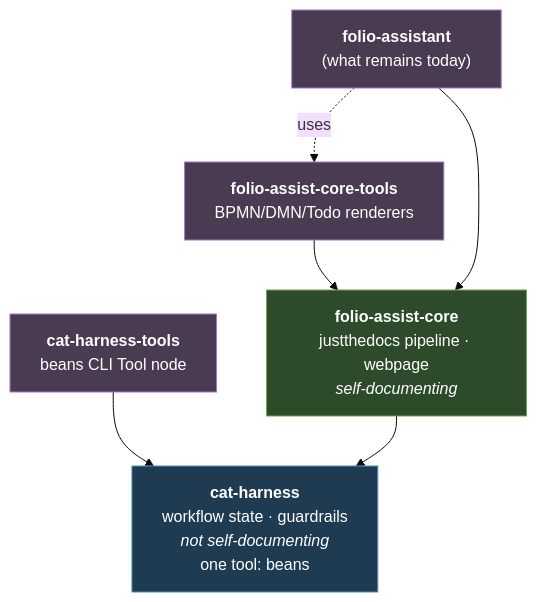
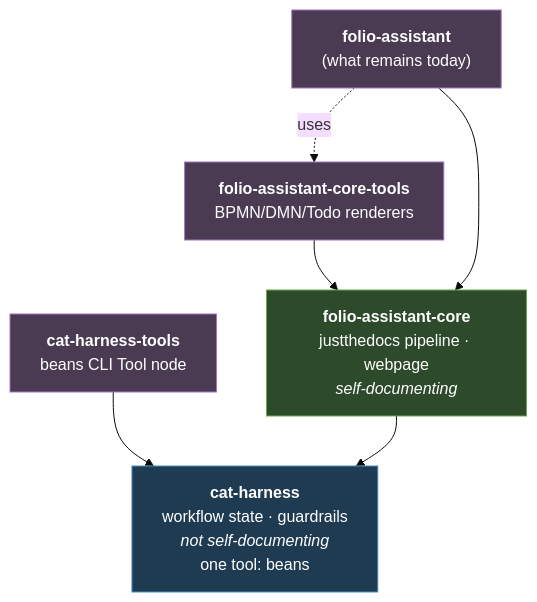
The diagram in cat-harness/docs/architecture/cat-harness-minimum.md (litlfred/folio-assistant), drawn with Mermaid (base theme) before and after one commit. The commit also changed other lines of this file and 203 other files, not shown here.

````diff
--- a/cat-harness/docs/architecture/cat-harness-minimum.md
+++ b/cat-harness/docs/architecture/cat-harness-minimum.md
@@ -29,21 +29,21 @@
 ```mermaid
 flowchart TD
     AH["<b>cat-harness</b><br/>workflow state · guardrails<br/><i>not self-documenting</i><br/>one tool: beans"]
     AHT["<b>cat-harness-tools</b><br/>beans CLI Tool node"]
-    C["<b>folio-assist-core</b><br/>justthedocs pipeline · webpage<br/><i>self-documenting</i>"]
-    CT["<b>folio-assist-core-tools</b><br/>BPMN/DMN/Todo renderers"]
+    C["<b>folio-assistant-core</b><br/>justthedocs pipeline · webpage<br/><i>self-documenting</i>"]
+    CT["<b>folio-assistant-core-tools</b><br/>BPMN/DMN/Todo renderers"]
     FA["<b>folio-assistant</b><br/>(what remains today)"]
 
     AHT --> AH
     C --> AH
     CT --> C
     FA --> C
     FA -.uses.-> CT
 
     classDef h fill:#1f3b52,stroke:#4a90c2,color:#fff
     classDef c fill:#2d4a2b,stroke:#6aa84f,color:#fff
     classDef t fill:#4a3b52,stroke:#a274c2,color:#fff
     class AH h
     class C c
     class AHT,CT,FA t
 ```
````
